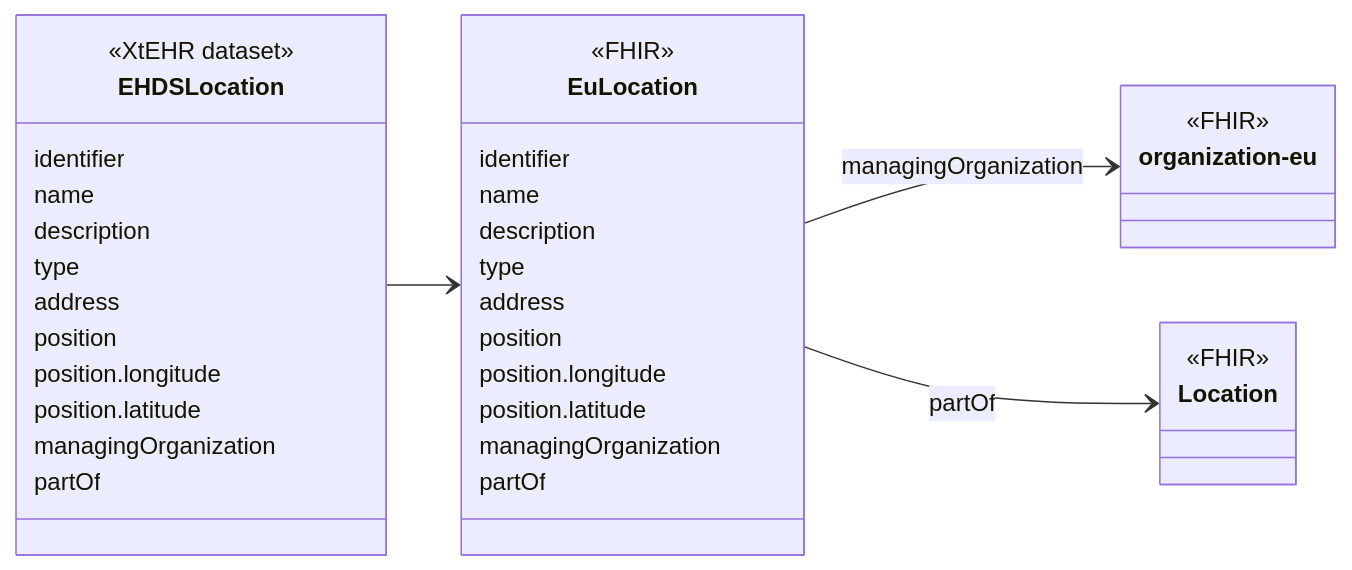
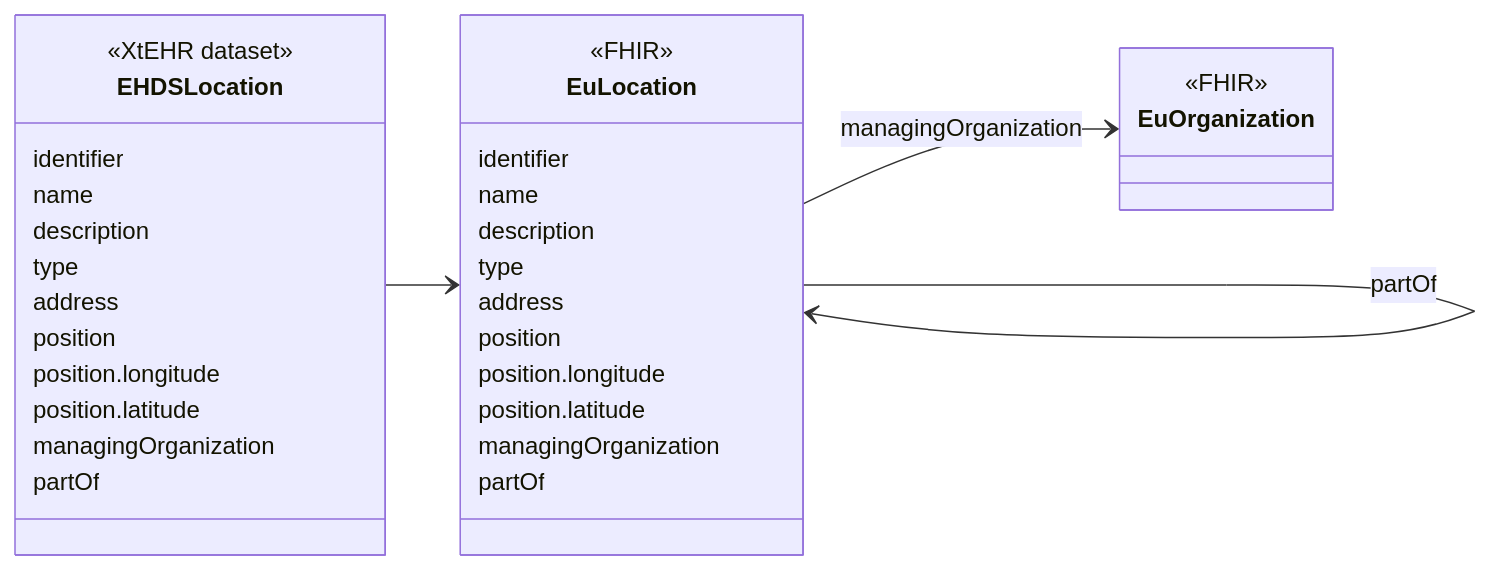
The diagram in input/intro-notes/ConceptMap-EHDSLocationMap-intro.md (oijauregui/ehdsimaging), drawn with Mermaid before and after one commit. The commit also changed 25 other files, not shown here.

````diff
--- a/input/intro-notes/ConceptMap-EHDSLocationMap-intro.md
+++ b/input/intro-notes/ConceptMap-EHDSLocationMap-intro.md
@@ -5,41 +5,41 @@
 ```mermaid
 classDiagram
 direction LR
 class EHDSLocation {
   <<XtEHR dataset>>
   identifier
   name
   description
   type
   address
   position
   position.longitude
   position.latitude
   managingOrganization
   partOf
 }
 link EHDSLocation "https://build.fhir.org/ig/Xt-EHR/xt-ehr-common/StructureDefinition-EHDSLocation.html"
 class EuLocation{
   <<FHIR>>
   identifier
   name
   description
   type
   address
   position
   position.longitude
   position.latitude
   managingOrganization
   partOf
 }
 
-class organization-eu {
+class EuOrganization {
   <<FHIR>>
 }
-class Location {
+class EuLocation {
   <<FHIR>>
 }
 EHDSLocation --> EuLocation
-EuLocation --> organization-eu : managingOrganization
-EuLocation --> Location : partOf
+EuLocation --> EuOrganization : managingOrganization
+EuLocation --> EuLocation : partOf
 ```
````
